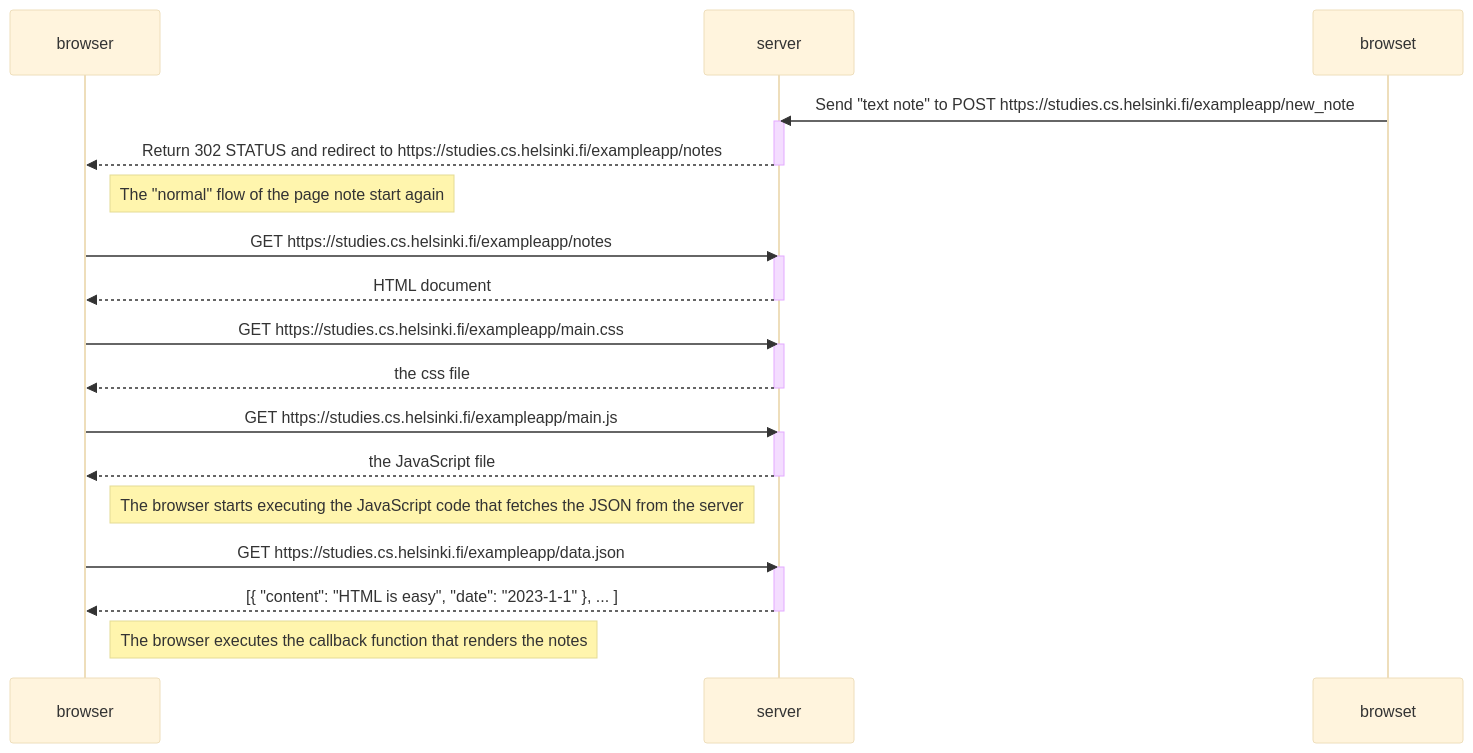
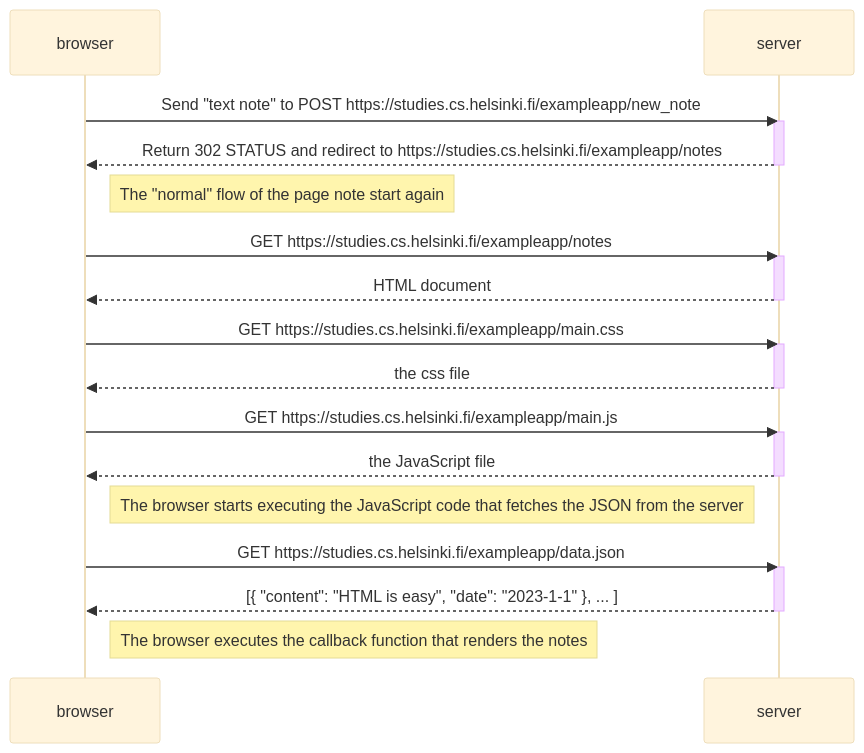
One commit to kristhyanlz/fullstackopen changed the diagram in part0/04.md. Above: the diagram before and after it, drawn with Mermaid (base theme).

Commit message:
Exercise 0-4 fix browser (browset)

````diff
--- a/part0/04.md
+++ b/part0/04.md
@@ -2,36 +2,36 @@
 ```mermaid
   sequenceDiagram
     participant browser
     participant server
 
-    browset->>server: Send "text note" to POST https://studies.cs.helsinki.fi/exampleapp/new_note
+    browser->>server: Send "text note" to POST https://studies.cs.helsinki.fi/exampleapp/new_note
     activate server
     server-->>browser: Return 302 STATUS and redirect to https://studies.cs.helsinki.fi/exampleapp/notes
     deactivate server
 
     Note right of browser: The "normal" flow of the page note start again
 
     browser->>server: GET https://studies.cs.helsinki.fi/exampleapp/notes
     activate server
     server-->>browser: HTML document
     deactivate server
 
     browser->>server: GET https://studies.cs.helsinki.fi/exampleapp/main.css
     activate server
     server-->>browser: the css file
     deactivate server
 
     browser->>server: GET https://studies.cs.helsinki.fi/exampleapp/main.js
     activate server
     server-->>browser: the JavaScript file
     deactivate server
 
     Note right of browser: The browser starts executing the JavaScript code that fetches the JSON from the server
 
     browser->>server: GET https://studies.cs.helsinki.fi/exampleapp/data.json
     activate server
     server-->>browser: [{ "content": "HTML is easy", "date": "2023-1-1" }, ... ]
     deactivate server
 
     Note right of browser: The browser executes the callback function that renders the notes
 ```
````
